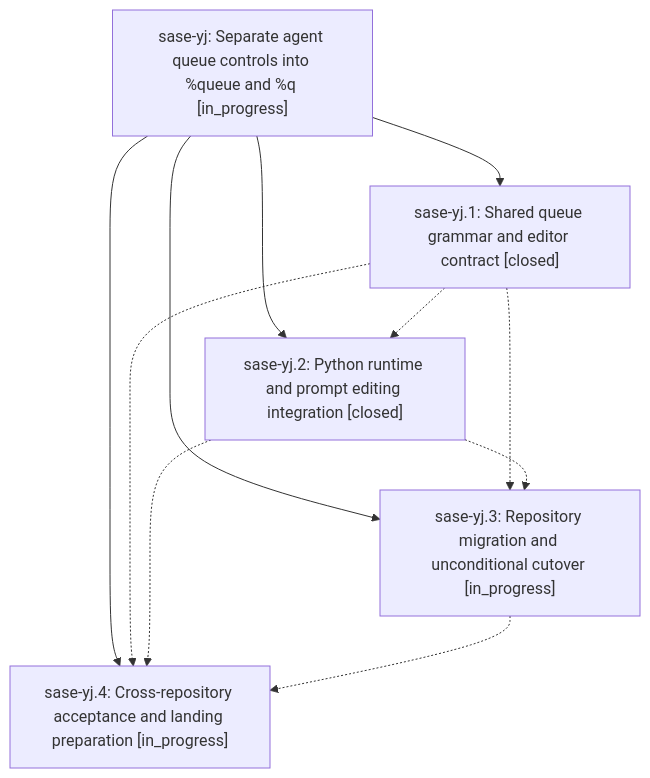
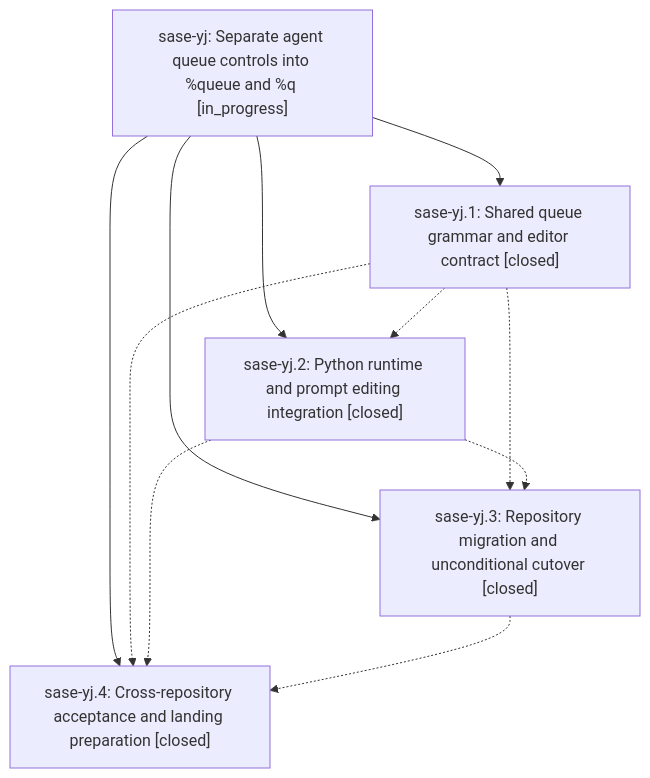
The diagram in pages/sase-yj/README.md (sase-org/sase--beads), drawn with Mermaid before and after one commit. The commit also changed other lines of this file and 4 other files, not shown here.

````diff
--- a/pages/sase-yj/README.md
+++ b/pages/sase-yj/README.md
@@ -41,18 +47,18 @@
 ```mermaid
 flowchart TD
     n0["sase-yj: Separate agent queue controls into %queue and %q [in_progress]"]
     n1["sase-yj.1: Shared queue grammar and editor contract [closed]"]
     n2["sase-yj.2: Python runtime and prompt editing integration [closed]"]
-    n3["sase-yj.3: Repository migration and unconditional cutover [in_progress]"]
-    n4["sase-yj.4: Cross-repository acceptance and landing preparation [in_progress]"]
+    n3["sase-yj.3: Repository migration and unconditional cutover [closed]"]
+    n4["sase-yj.4: Cross-repository acceptance and landing preparation [closed]"]
     n0 --> n1
     n0 --> n2
     n0 --> n3
     n0 --> n4
     n1 -.-> n2
     n1 -.-> n3
     n1 -.-> n4
     n2 -.-> n3
     n2 -.-> n4
     n3 -.-> n4
 ```
````
